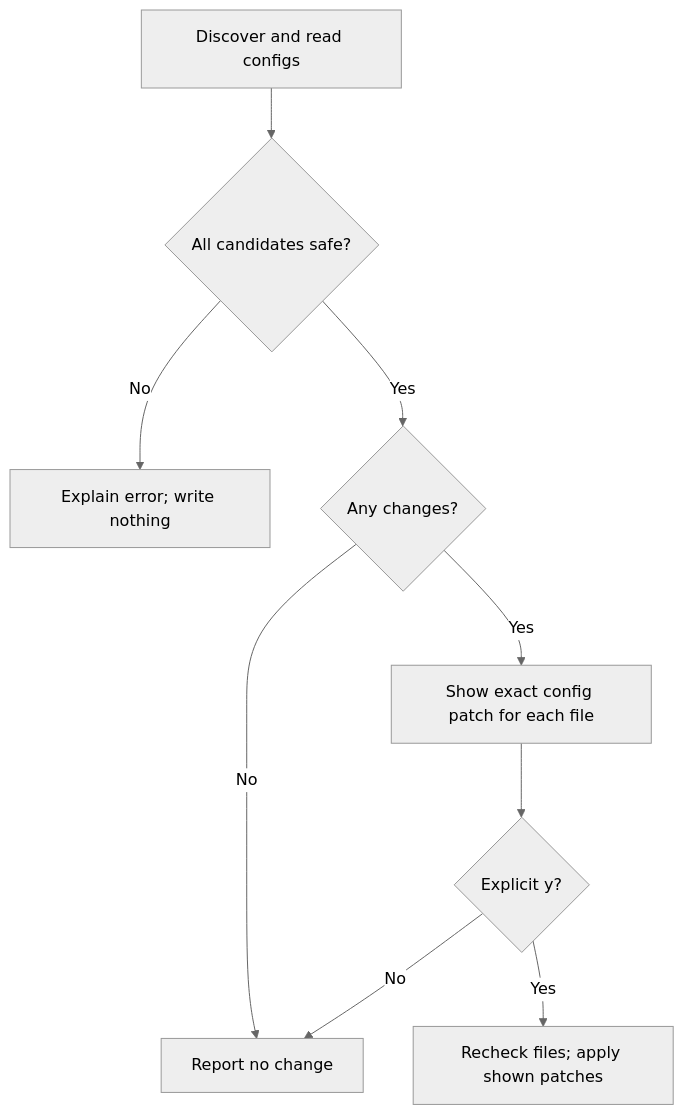
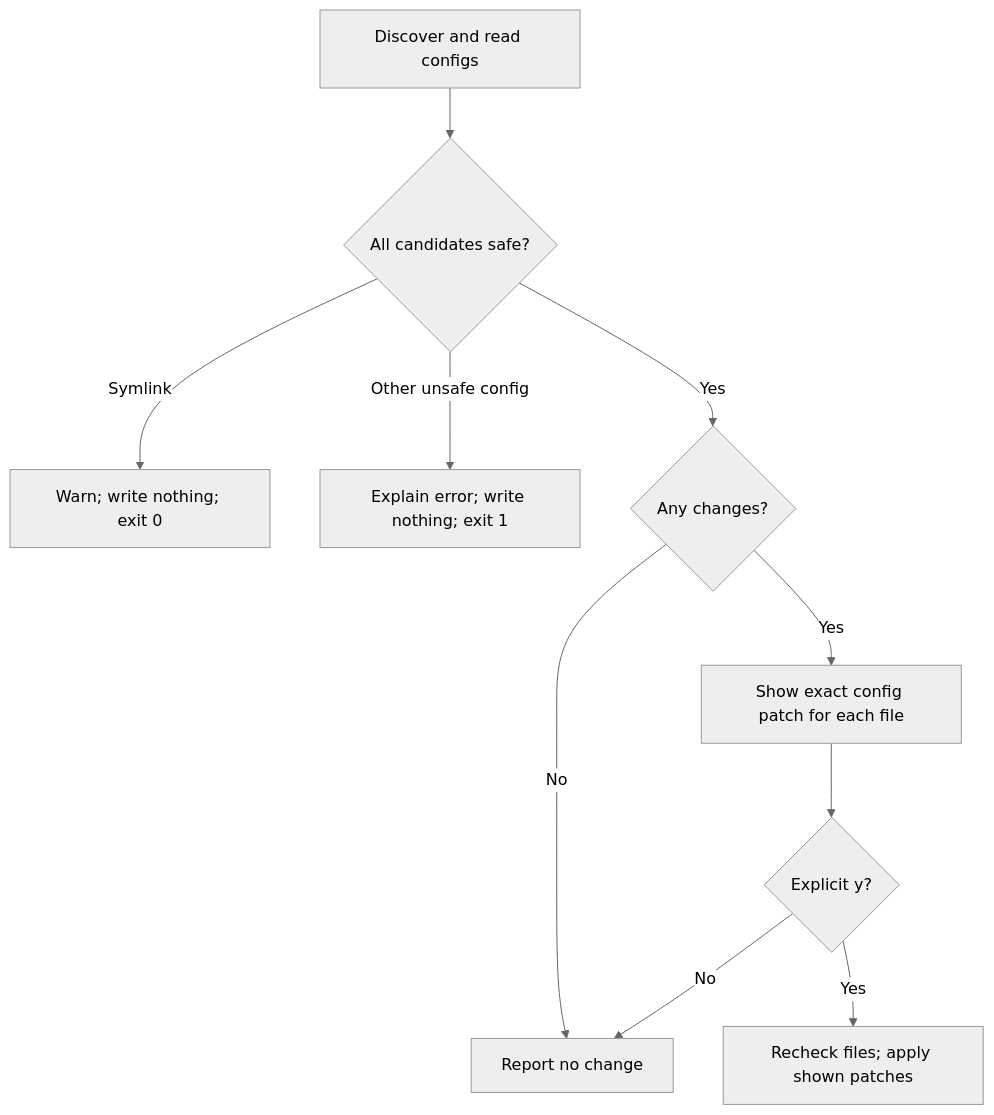
Before and after one commit to promptdriven/pdd: the diagram in prompts/cli/agent-mcp-setup.prompt.md, drawn with Mermaid (neutral theme). The commit also changed other lines of this file and 4 other files, not shown here.

````diff
--- a/prompts/cli/agent-mcp-setup.prompt.md
+++ b/prompts/cli/agent-mcp-setup.prompt.md
@@ -7,11 +7,12 @@
 ```mermaid
 flowchart TD
     D[Discover and read configs] --> V{All candidates safe?}
-    V -->|No| E[Explain error; write nothing]
+    V -->|Symlink| W[Warn; write nothing; exit 0]
+    V -->|Other unsafe config| E[Explain error; write nothing; exit 1]
     V -->|Yes| C{Any changes?}
     C -->|No| N[Report no change]
     C -->|Yes| P[Show exact config patch for each file]
     P --> Y{Explicit y?}
     Y -->|No| N
     Y -->|Yes| R[Recheck files; apply shown patches]
 ```
````
